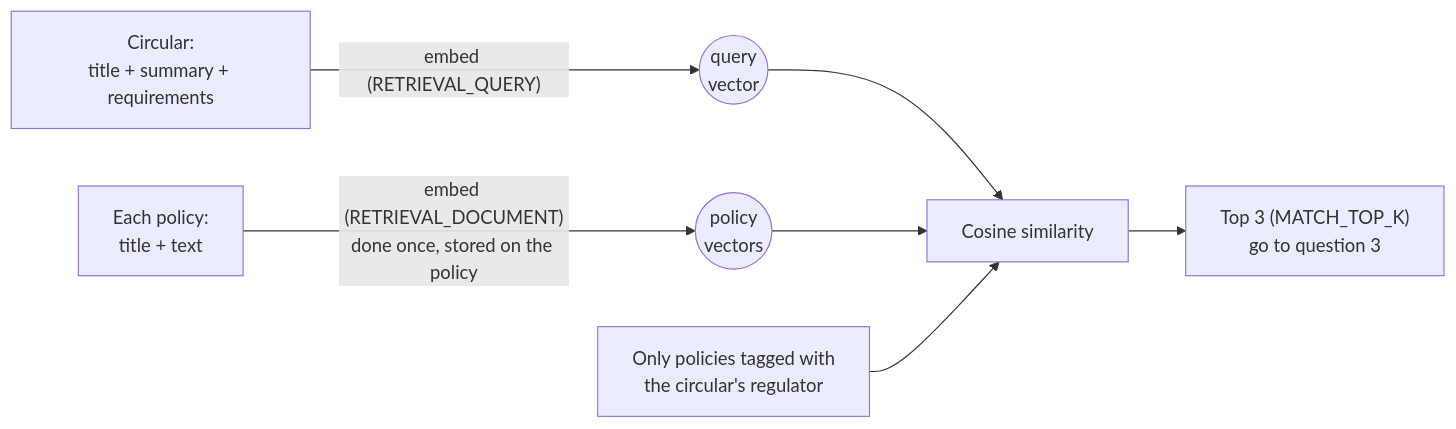
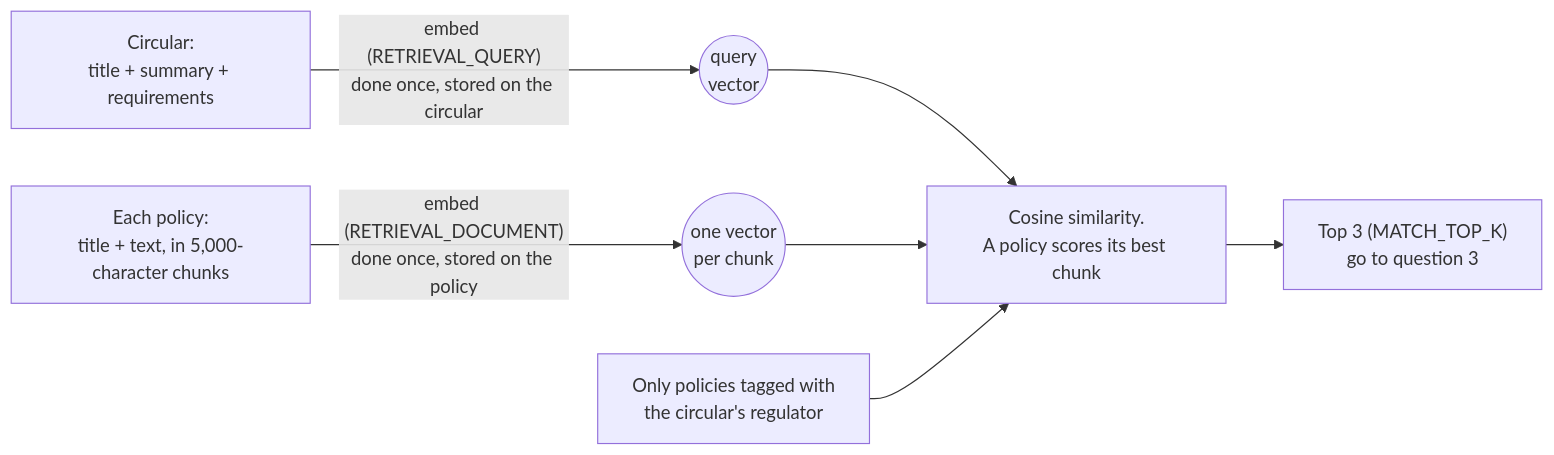
One commit to selvakumarperumal/Regulatory_Circular_Impact_Agent changed the eighth of 16 diagrams in how_it_works.md. Above: the diagram before and after it, drawn with Mermaid. The commit also changed other lines of this file and 15 other files, not shown here.

````diff
--- a/how_it_works.md
+++ b/how_it_works.md
@@ -330,9 +361,9 @@
 ```mermaid
 flowchart LR
-    c["Circular:<br/>title + summary + requirements"] -->|"embed (RETRIEVAL_QUERY)"| qv(("query<br/>vector"))
-    p["Each policy:<br/>title + text"] -->|"embed (RETRIEVAL_DOCUMENT)<br/>done once, stored on the policy"| pv(("policy<br/>vectors"))
-    qv --> cos["Cosine similarity"]
+    c["Circular:<br/>title + summary + requirements"] -->|"embed (RETRIEVAL_QUERY)<br/>done once, stored on the circular"| qv(("query<br/>vector"))
+    p["Each policy:<br/>title + text, in 5,000-character chunks"] -->|"embed (RETRIEVAL_DOCUMENT)<br/>done once, stored on the policy"| pv(("one vector<br/>per chunk"))
+    qv --> cos["Cosine similarity.<br/>A policy scores its best chunk"]
     pv --> cos
     filter["Only policies tagged with<br/>the circular's regulator"] --> cos
     cos --> top["Top 3 (MATCH_TOP_K)<br/>go to question 3"]
 ```
````
